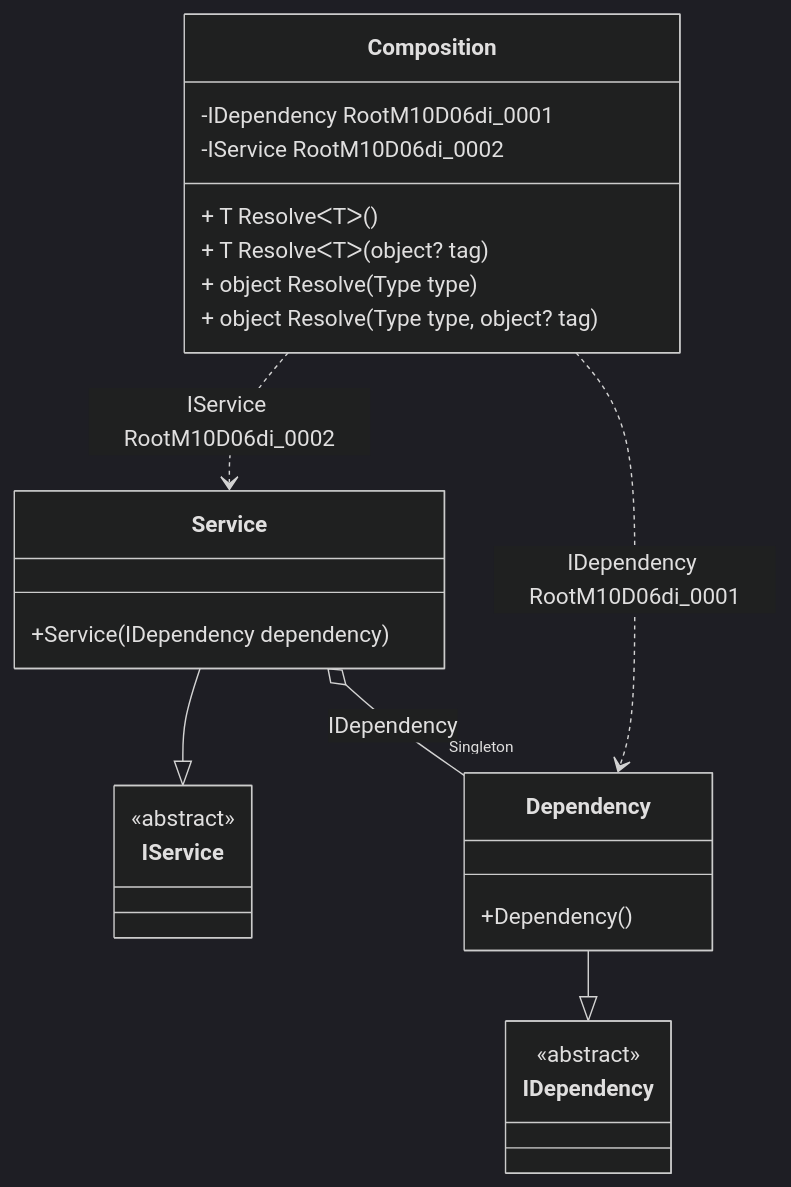
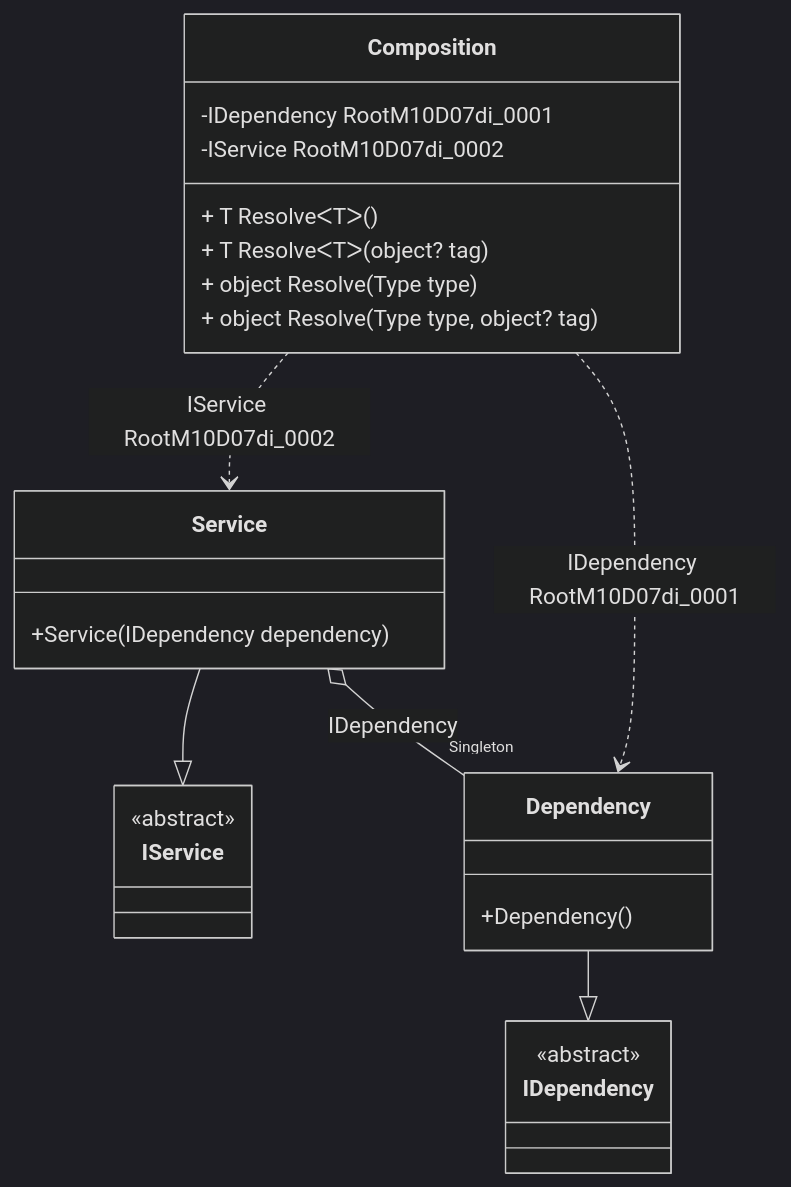
The diagram in readme/service-collection.md (DevTeam/Pure.DI), drawn with Mermaid (dark theme) before and after one commit. The commit also changed other lines of this file and 102 other files, not shown here.

````diff
--- a/readme/service-collection.md
+++ b/readme/service-collection.md
@@ -75,28 +74,28 @@
 ```mermaid
 classDiagram
   class Composition {
-    -IDependency RootM10D06di_0001
-    -IService RootM10D06di_0002
+    -IDependency RootM10D07di_0001
+    -IService RootM10D07di_0002
     + T ResolveᐸTᐳ()
     + T ResolveᐸTᐳ(object? tag)
     + object Resolve(Type type)
     + object Resolve(Type type, object? tag)
   }
   Service --|> IService : 
   class Service {
     +Service(IDependency dependency)
   }
   Dependency --|> IDependency : 
   class Dependency {
     +Dependency()
   }
   class IService {
     <<abstract>>
   }
   class IDependency {
     <<abstract>>
   }
   Service o--  "Singleton" Dependency : IDependency
-  Composition ..> Dependency : IDependency RootM10D06di_0001
-  Composition ..> Service : IService RootM10D06di_0002
+  Composition ..> Dependency : IDependency RootM10D07di_0001
+  Composition ..> Service : IService RootM10D07di_0002
 ```
````
